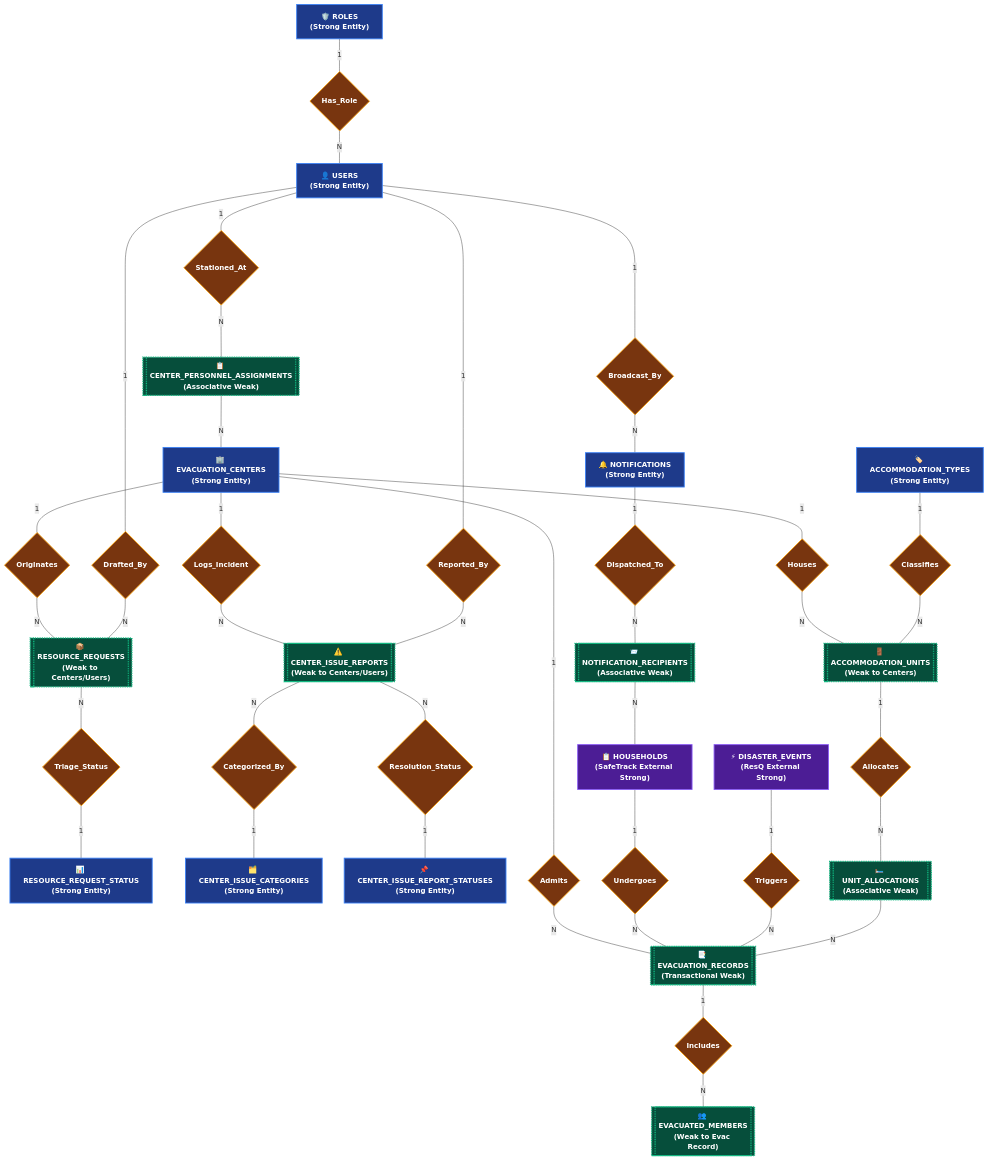
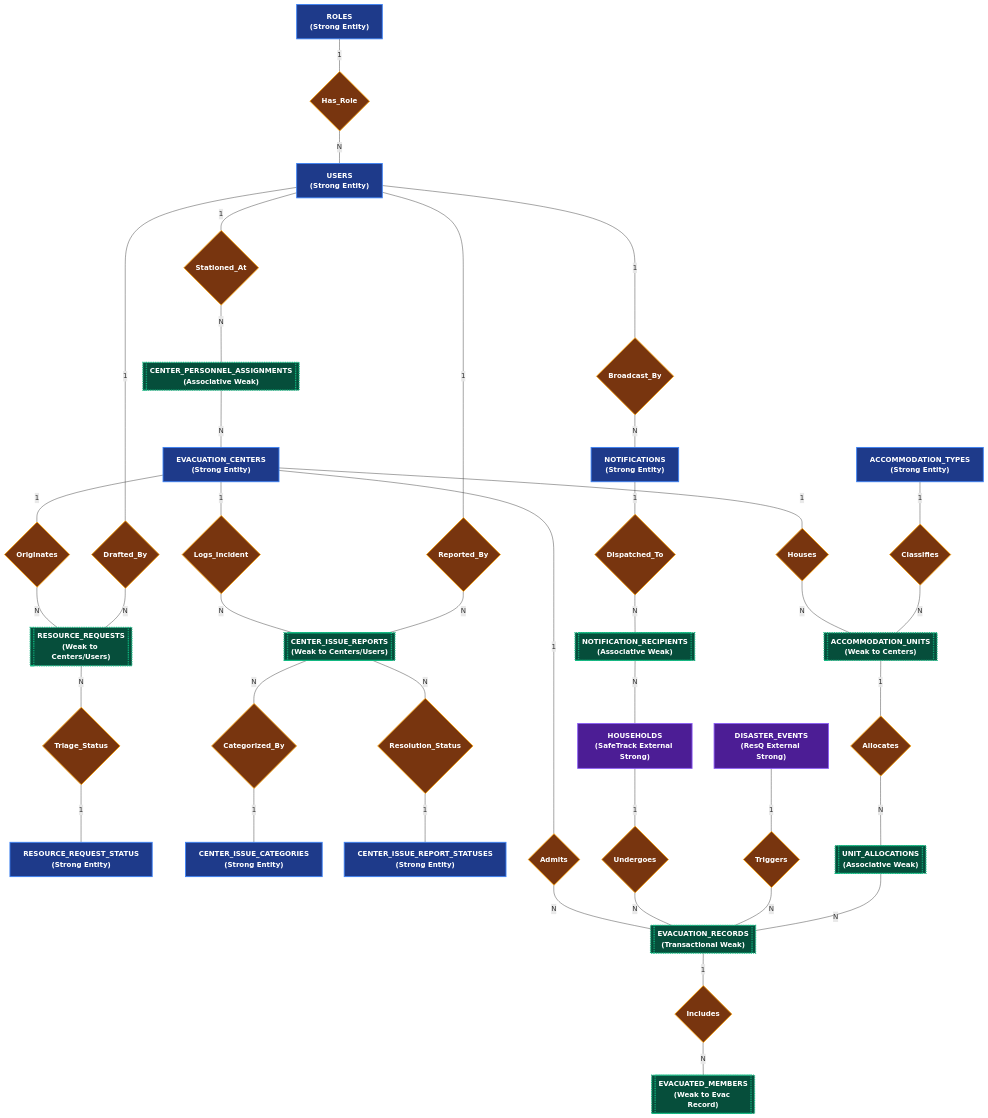
The first of 5 diagrams in docs/erd.md (klint-droid/EvaTrack), drawn with Mermaid before and after one commit. The commit also changed other lines of this file, not shown here.

Commit message:
docs(erd): remove icons and format clean Chen notation

```diff
--- a/docs/erd.md
+++ b/docs/erd.md
@@ -30,30 +30,30 @@
     %% ══════════════════════════════════════════════════════════════════════════
     %% STRONG ENTITIES (Single Border Rectangles)
     %% ══════════════════════════════════════════════════════════════════════════
-    EC["🏢 EVACUATION_CENTERS\n(Strong Entity)"]:::strongEntity
-    ROLE["🛡️ ROLES\n(Strong Entity)"]:::strongEntity
-    USER["👤 USERS\n(Strong Entity)"]:::strongEntity
-    ACTYPE["🏷️ ACCOMMODATION_TYPES\n(Strong Entity)"]:::strongEntity
-    RRSTAT["📊 RESOURCE_REQUEST_STATUS\n(Strong Entity)"]:::strongEntity
-    CICAT["🗂️ CENTER_ISSUE_CATEGORIES\n(Strong Entity)"]:::strongEntity
-    CISTAT["📌 CENTER_ISSUE_REPORT_STATUSES\n(Strong Entity)"]:::strongEntity
-    NOTIF["🔔 NOTIFICATIONS\n(Strong Entity)"]:::strongEntity
+    EC["EVACUATION_CENTERS\n(Strong Entity)"]:::strongEntity
+    ROLE["ROLES\n(Strong Entity)"]:::strongEntity
+    USER["USERS\n(Strong Entity)"]:::strongEntity
+    ACTYPE["ACCOMMODATION_TYPES\n(Strong Entity)"]:::strongEntity
+    RRSTAT["RESOURCE_REQUEST_STATUS\n(Strong Entity)"]:::strongEntity
+    CICAT["CENTER_ISSUE_CATEGORIES\n(Strong Entity)"]:::strongEntity
+    CISTAT["CENTER_ISSUE_REPORT_STATUSES\n(Strong Entity)"]:::strongEntity
+    NOTIF["NOTIFICATIONS\n(Strong Entity)"]:::strongEntity
 
     %% ── External Partner Strong Entities (Bridges) ──
-    HH["📋 HOUSEHOLDS\n(SafeTrack External Strong)"]:::extEntity
-    EVT["⚡ DISASTER_EVENTS\n(ResQ External Strong)"]:::extEntity
+    HH["HOUSEHOLDS\n(SafeTrack External Strong)"]:::extEntity
+    EVT["DISASTER_EVENTS\n(ResQ External Strong)"]:::extEntity
 
     %% ══════════════════════════════════════════════════════════════════════════
     %% WEAK / ASSOCIATIVE ENTITIES (Double Border Rectangles)
     %% ══════════════════════════════════════════════════════════════════════════
-    UNIT[["🚪 ACCOMMODATION_UNITS\n(Weak to Centers)"]]:::weakEntity
-    ALLOC[["🛏️ UNIT_ALLOCATIONS\n(Associative Weak)"]]:::weakEntity
-    EVAC[["📑 EVACUATION_RECORDS\n(Transactional Weak)"]]:::weakEntity
-    MEM[["👥 EVACUATED_MEMBERS\n(Weak to Evac Record)"]]:::weakEntity
-    ASSIGN[["📋 CENTER_PERSONNEL_ASSIGNMENTS\n(Associative Weak)"]]:::weakEntity
-    RR[["📦 RESOURCE_REQUESTS\n(Weak to Centers/Users)"]]:::weakEntity
-    CIR[["⚠️ CENTER_ISSUE_REPORTS\n(Weak to Centers/Users)"]]:::weakEntity
-    RECP[["📨 NOTIFICATION_RECIPIENTS\n(Associative Weak)"]]:::weakEntity
+    UNIT[["ACCOMMODATION_UNITS\n(Weak to Centers)"]]:::weakEntity
+    ALLOC[["UNIT_ALLOCATIONS\n(Associative Weak)"]]:::weakEntity
+    EVAC[["EVACUATION_RECORDS\n(Transactional Weak)"]]:::weakEntity
+    MEM[["EVACUATED_MEMBERS\n(Weak to Evac Record)"]]:::weakEntity
+    ASSIGN[["CENTER_PERSONNEL_ASSIGNMENTS\n(Associative Weak)"]]:::weakEntity
+    RR[["RESOURCE_REQUESTS\n(Weak to Centers/Users)"]]:::weakEntity
+    CIR[["CENTER_ISSUE_REPORTS\n(Weak to Centers/Users)"]]:::weakEntity
+    RECP[["NOTIFICATION_RECIPIENTS\n(Associative Weak)"]]:::weakEntity
 
     %% ══════════════════════════════════════════════════════════════════════════
     %% RELATIONSHIP DIAMONDS
```
